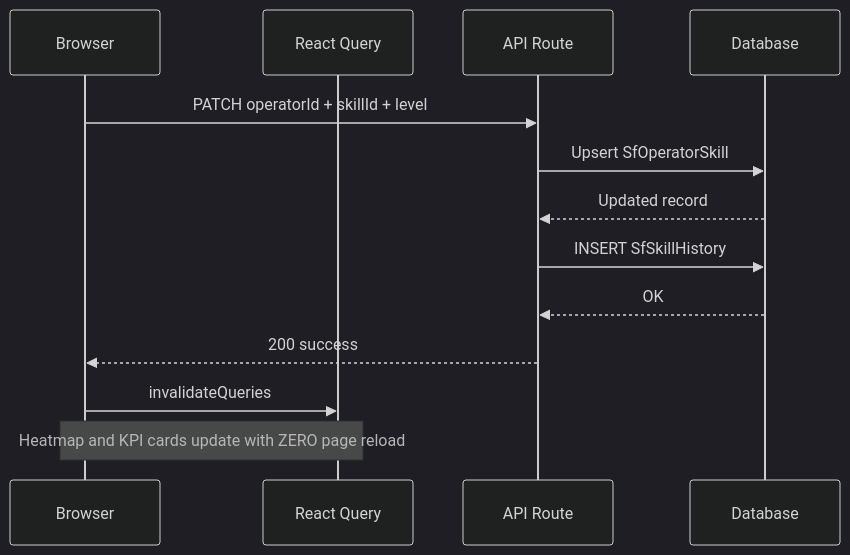
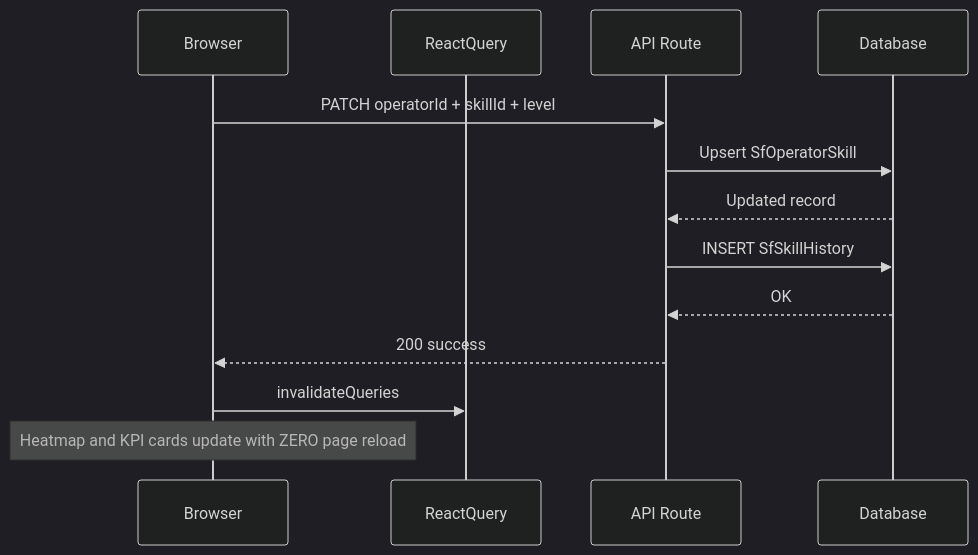
One commit to awakenedarpit/skillsforge changed the second of 8 diagrams in README.md. Above: the diagram before and after it, drawn with Mermaid (dark theme). The commit also changed other lines of this file, not shown here.

Commit message:
fix: sanitize Mermaid diagrams syntax and clean ER diagram relationships

````diff
--- a/README.md
+++ b/README.md
@@ -140,16 +140,16 @@
 ```mermaid
 sequenceDiagram
-    participant U as Browser
-    participant RQ as React Query
+    participant Browser
+    participant ReactQuery
     participant API as API Route
-    participant DB as Database
+    participant Database
 
-    U->>API: PATCH operatorId + skillId + level
-    API->>DB: Upsert SfOperatorSkill
-    DB-->>API: Updated record
-    API->>DB: INSERT SfSkillHistory
-    DB-->>API: OK
-    API-->>U: 200 success
-    U->>RQ: invalidateQueries
-    Note over U,RQ: Heatmap and KPI cards update with ZERO page reload
+    Browser->>API: PATCH operatorId + skillId + level
+    API->>Database: Upsert SfOperatorSkill
+    Database-->>API: Updated record
+    API->>Database: INSERT SfSkillHistory
+    Database-->>API: OK
+    API-->>Browser: 200 success
+    Browser->>ReactQuery: invalidateQueries
+    Note over Browser: Heatmap and KPI cards update with ZERO page reload
 ```
````
